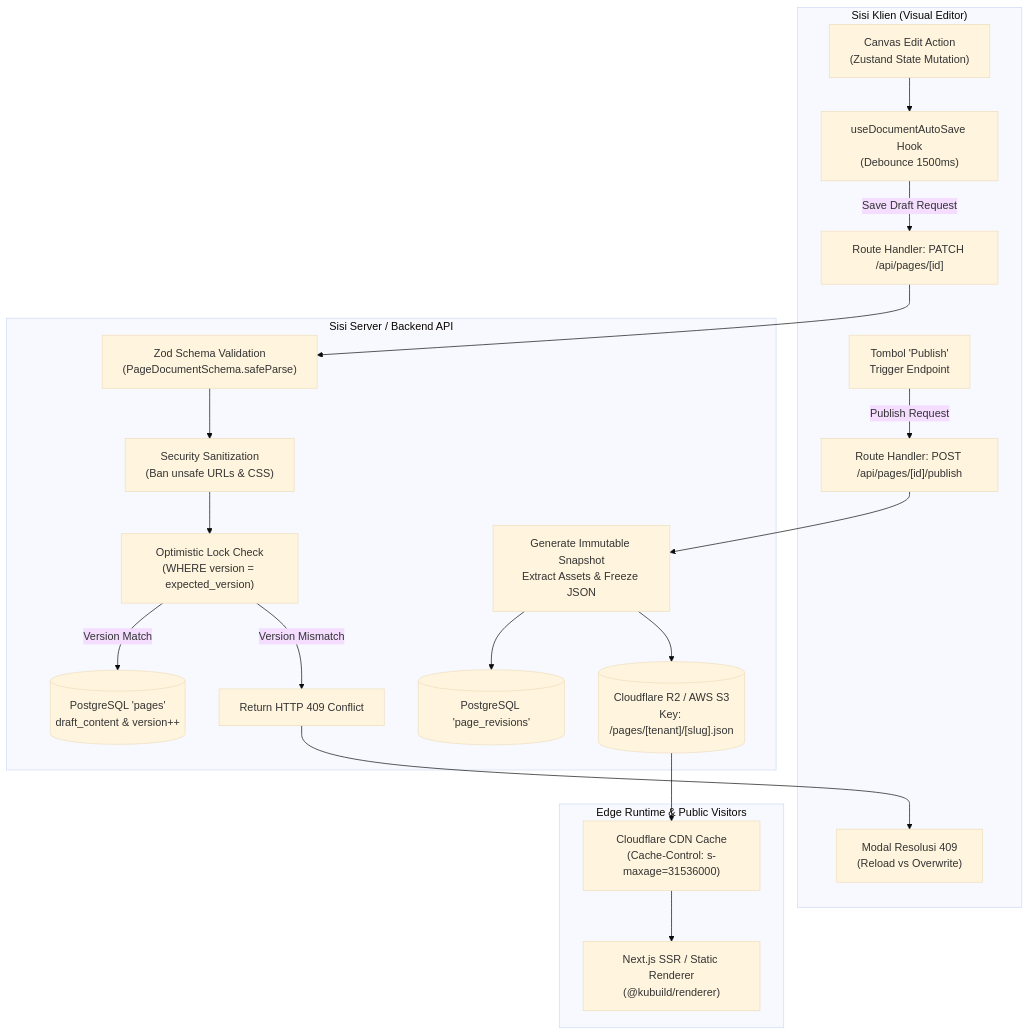
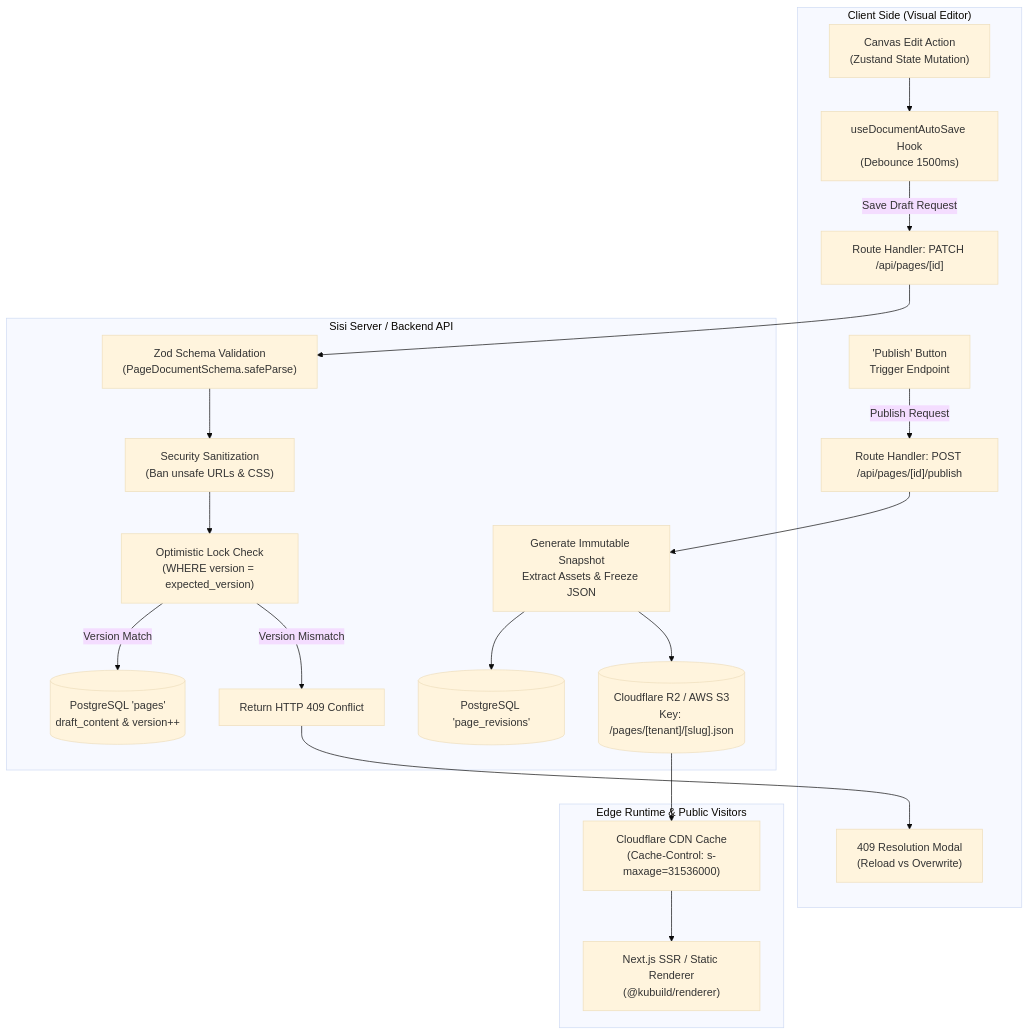
The first of 2 diagrams in apps/docs/content/docs/integration/backend-storage.mdx (kustora/kubuild), drawn with Mermaid (base theme) before and after one commit. The commit also changed other lines of this file and 43 other files, not shown here.

````diff
--- a/apps/docs/content/docs/integration/backend-storage.mdx
+++ b/apps/docs/content/docs/integration/backend-storage.mdx
@@ -27,38 +27,38 @@
 ```mermaid
 flowchart TD
-    subgraph Client["Sisi Klien (Visual Editor)"]
+    subgraph Client["Client Side (Visual Editor)"]
         Canvas["Canvas Edit Action\n(Zustand State Mutation)"]
         Debounce["useDocumentAutoSave Hook\n(Debounce 1500ms)"]
-        ConflictUI["Modal Resolusi 409\n(Reload vs Overwrite)"]
-        PublishBtn["Tombol 'Publish'\nTrigger Endpoint"]
+        ConflictUI["409 Resolution Modal\n(Reload vs Overwrite)"]
+        PublishBtn["'Publish' Button\nTrigger Endpoint"]
         
         Canvas --> Debounce
         Debounce -->|Save Draft Request| API_Draft
         PublishBtn -->|Publish Request| API_Publish
     end
 
     subgraph Backend["Sisi Server / Backend API"]
         API_Draft["Route Handler: PATCH /api/pages/[id]"]
         API_Publish["Route Handler: POST /api/pages/[id]/publish"]
         ZodVal["Zod Schema Validation\n(PageDocumentSchema.safeParse)"]
         SecVal["Security Sanitization\n(Ban unsafe URLs & CSS)"]
         OptLock["Optimistic Lock Check\n(WHERE version = expected_version)"]
         
         API_Draft --> ZodVal
         ZodVal --> SecVal
         SecVal --> OptLock
         
         OptLock -->|Version Match| DB_Draft[(PostgreSQL 'pages'\ndraft_content & version++)]
         OptLock -->|Version Mismatch| ConflictErr["Return HTTP 409 Conflict"]
         ConflictErr --> ConflictUI
         
         API_Publish --> SnapshotGen["Generate Immutable Snapshot\nExtract Assets & Freeze JSON"]
         SnapshotGen --> DB_Rev[(PostgreSQL 'page_revisions')]
         SnapshotGen --> R2Storage[("Cloudflare R2 / AWS S3\nKey: /pages/[tenant]/[slug].json")]
     end
 
     subgraph EdgeDelivery["Edge Runtime & Public Visitors"]
         R2Storage --> EdgeCDN["Cloudflare CDN Cache\n(Cache-Control: s-maxage=31536000)"]
         EdgeCDN --> VisitorSSR["Next.js SSR / Static Renderer\n(@kubuild/renderer)"]
     end
 ```
````
